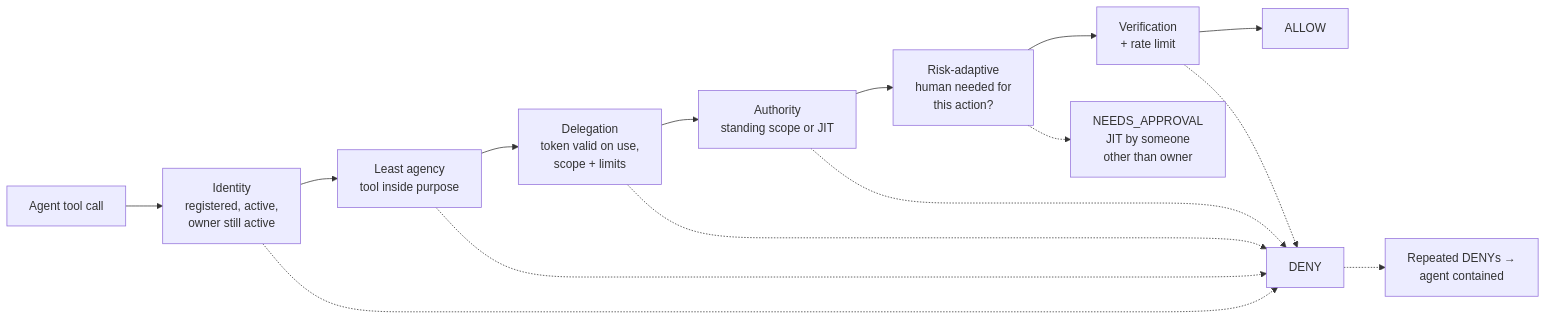
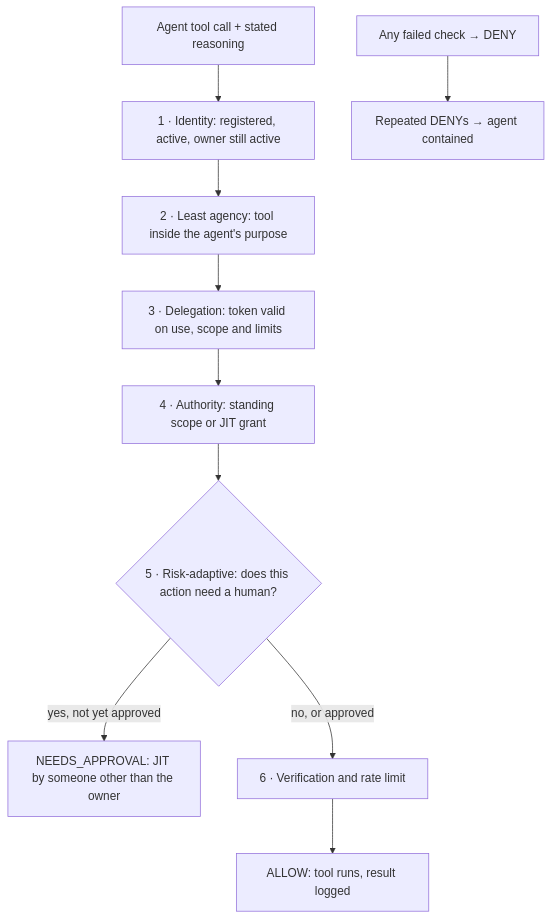
Before and after one commit to piyushppd/agentguard: the diagram in README.md, drawn with Mermaid.

Commit message:
Docs: make README decision flow readable (top-down)
Claude-Session: https://claude.ai/code/session_01DpUnH5e9Lo3C7hkBqjp2sn

````diff
--- a/README.md
+++ b/README.md
@@ -40,13 +40,12 @@
 ```mermaid
-flowchart LR
-    A["Agent tool call"] --> B["Identity<br/>registered, active,<br/>owner still active"]
-    B --> C["Least agency<br/>tool inside purpose"]
-    C --> D["Delegation<br/>token valid on use,<br/>scope + limits"]
-    D --> E["Authority<br/>standing scope or JIT"]
-    E --> F["Risk-adaptive<br/>human needed for<br/>this action?"]
-    F --> G["Verification<br/>+ rate limit"]
-    G --> OK["ALLOW"]
-    B & C & D & E & G -.-> X["DENY"]
-    F -.-> N["NEEDS_APPROVAL<br/>JIT by someone<br/>other than owner"]
-    X -.-> S["Repeated DENYs →<br/>agent contained"]
+flowchart TD
+    A["Agent tool call + stated reasoning"] --> B["1 · Identity: registered, active, owner still active"]
+    B --> C["2 · Least agency: tool inside the agent's purpose"]
+    C --> D["3 · Delegation: token valid on use, scope and limits"]
+    D --> E["4 · Authority: standing scope or JIT grant"]
+    E --> F{"5 · Risk-adaptive: does this action need a human?"}
+    F -- "yes, not yet approved" --> N["NEEDS_APPROVAL: JIT by someone other than the owner"]
+    F -- "no, or approved" --> G["6 · Verification and rate limit"]
+    G --> OK["ALLOW: tool runs, result logged"]
+    X["Any failed check → DENY"] --> S["Repeated DENYs → agent contained"]
 ```
````
